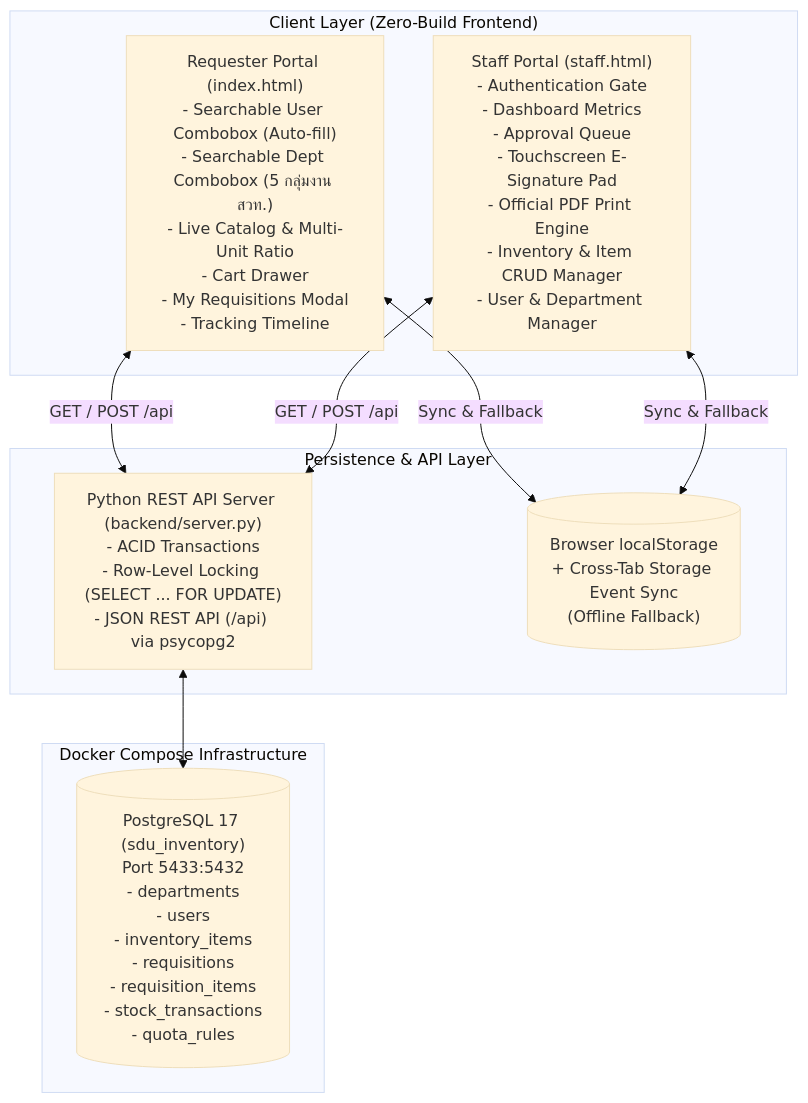
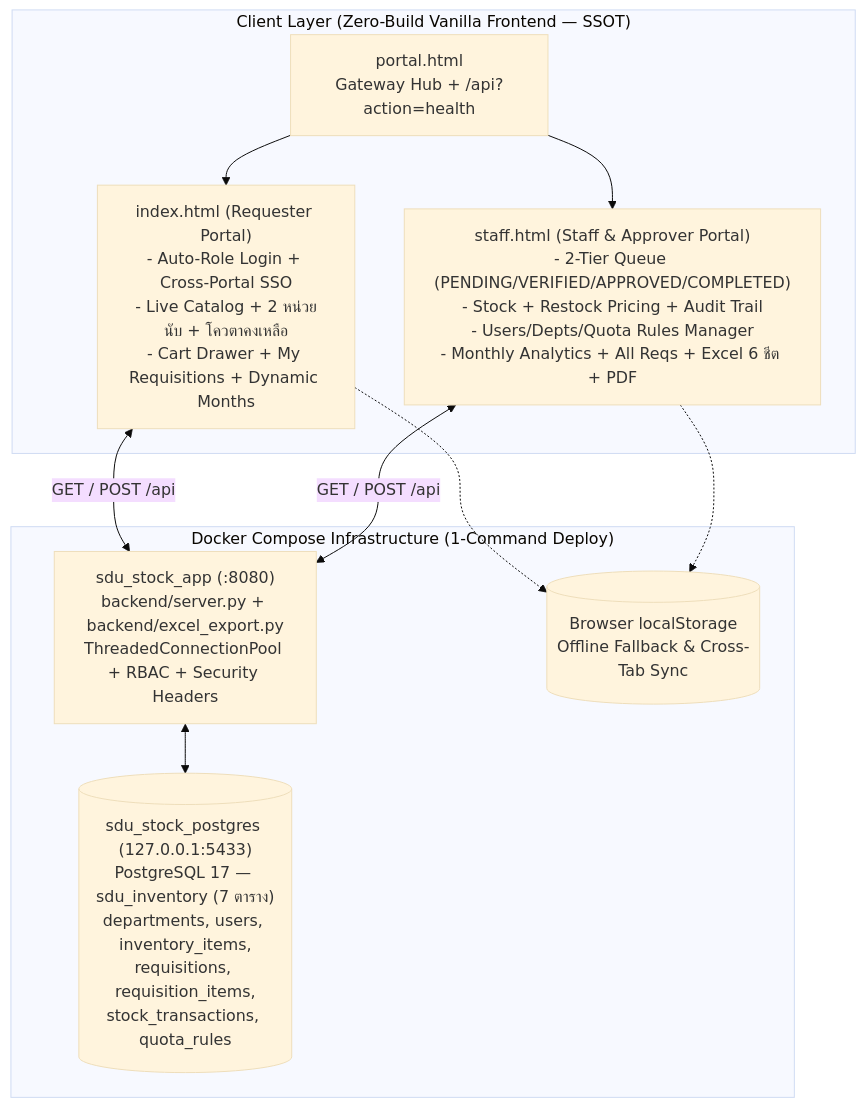
One commit to itsmekritsanai/stock-order-sdu changed the second of 3 diagrams in PROJECT_CONTEXT.md. Above: the diagram before and after it, drawn with Mermaid (base theme). The commit also changed other lines of this file and 10 other files, not shown here.

Commit message:
docs: synchronize README, project context, roadmap, and skill docs with v3.8.3

````diff
--- a/PROJECT_CONTEXT.md
+++ b/PROJECT_CONTEXT.md
@@ -48,22 +48,22 @@
 ```mermaid
 graph TD
-    subgraph "Client Layer (Zero-Build Frontend)"
-        REQ["Requester Portal (index.html)<br/>- Searchable User Combobox (Auto-fill)<br/>- Searchable Dept Combobox (5 กลุ่มงาน สวท.)<br/>- Live Catalog & Multi-Unit Ratio<br/>- Cart Drawer<br/>- My Requisitions Modal<br/>- Tracking Timeline"]
-        STAFF["Staff Portal (staff.html)<br/>- Authentication Gate<br/>- Dashboard Metrics<br/>- Approval Queue<br/>- Touchscreen E-Signature Pad<br/>- Official PDF Print Engine<br/>- Inventory & Item CRUD Manager<br/>- User & Department Manager"]
+    subgraph "Client Layer (Zero-Build Vanilla Frontend — SSOT)"
+        HUB["portal.html<br/>Gateway Hub + /api?action=health"]
+        REQ["index.html (Requester Portal)<br/>- Auto-Role Login + Cross-Portal SSO<br/>- Live Catalog + 2 หน่วยนับ + โควตาคงเหลือ<br/>- Cart Drawer + My Requisitions + Dynamic Months"]
+        STAFF["staff.html (Staff & Approver Portal)<br/>- 2-Tier Queue (PENDING/VERIFIED/APPROVED/COMPLETED)<br/>- Stock + Restock Pricing + Audit Trail<br/>- Users/Depts/Quota Rules Manager<br/>- Monthly Analytics + All Reqs + Excel 6 ชีต + PDF"]
     end
 
-    subgraph "Docker Compose Infrastructure"
-        PG[("PostgreSQL 17 (sdu_inventory)<br/>Port 5433:5432<br/>- departments<br/>- users<br/>- inventory_items<br/>- requisitions<br/>- requisition_items<br/>- stock_transactions<br/>- quota_rules")]
+    subgraph "Docker Compose Infrastructure (1-Command Deploy)"
+        API["sdu_stock_app (:8080)<br/>backend/server.py + backend/excel_export.py<br/>ThreadedConnectionPool + RBAC + Security Headers"]
+        PG[("sdu_stock_postgres (127.0.0.1:5433)<br/>PostgreSQL 17 — sdu_inventory (7 ตาราง)<br/>departments, users, inventory_items,<br/>requisitions, requisition_items,<br/>stock_transactions, quota_rules")]
+        LOCAL[("Browser localStorage<br/>Offline Fallback & Cross-Tab Sync")]
     end
 
-    subgraph "Persistence & API Layer"
-        API["Python REST API Server (backend/server.py)<br/>- ACID Transactions<br/>- Row-Level Locking (SELECT ... FOR UPDATE)<br/>- JSON REST API (/api) via psycopg2"]
-        LOCAL[("Browser localStorage<br/>+ Cross-Tab Storage Event Sync<br/>(Offline Fallback)")]
-    end
-
+    HUB --> REQ
+    HUB --> STAFF
     REQ <-->|GET / POST /api| API
     STAFF <-->|GET / POST /api| API
     API <--> PG
-    REQ <-->|Sync & Fallback| LOCAL
-    STAFF <-->|Sync & Fallback| LOCAL
+    REQ -.-> LOCAL
+    STAFF -.-> LOCAL
 ```
````
